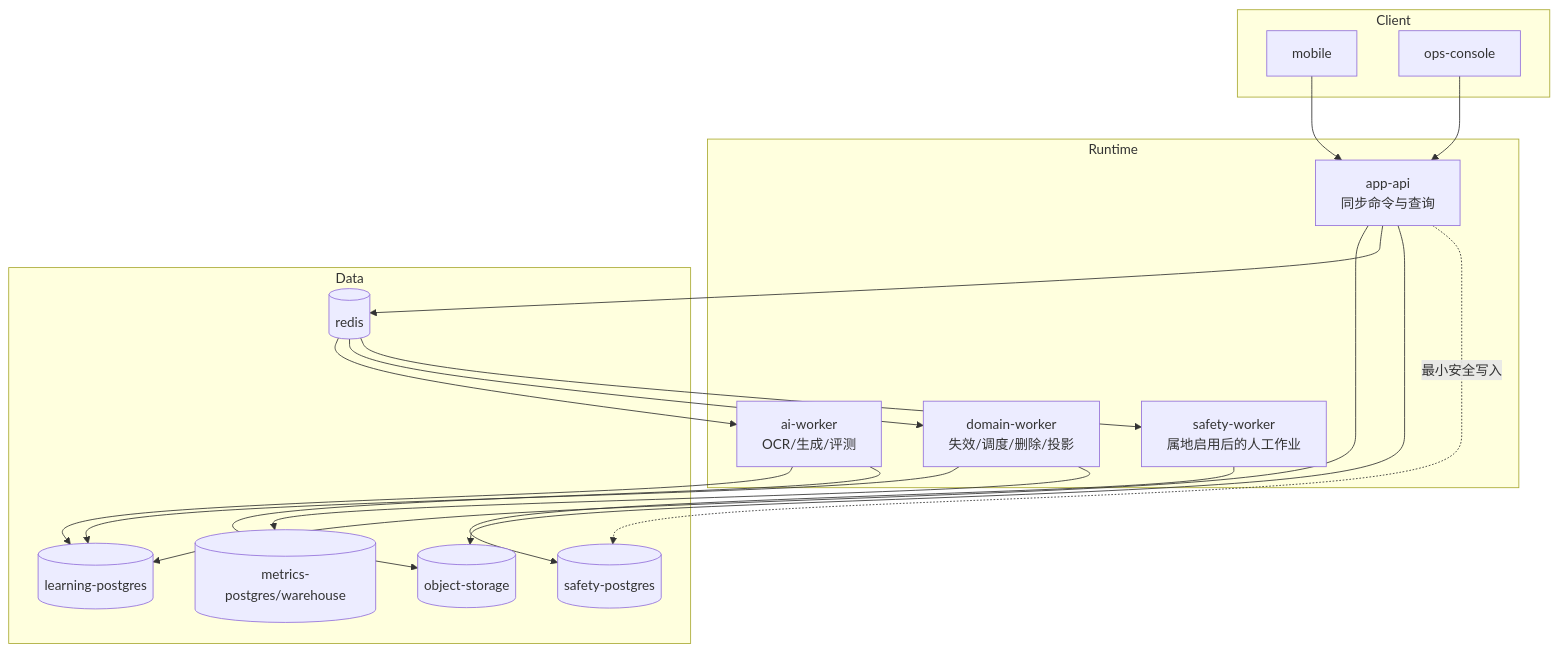
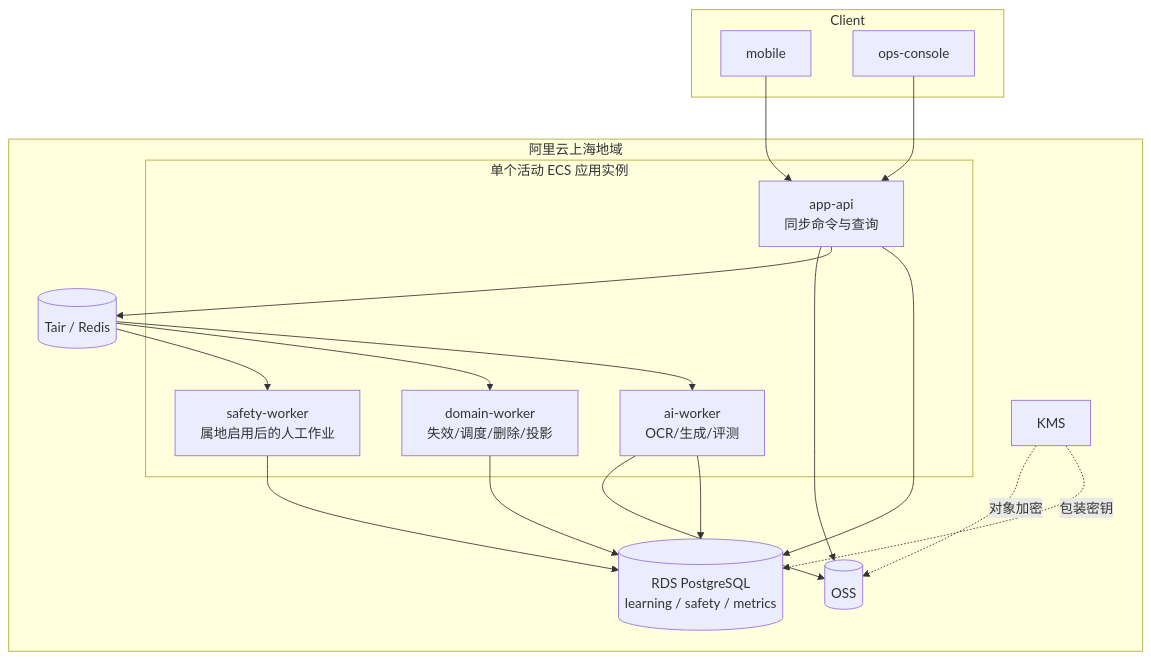
The second of 10 diagrams in docs/architecture/rhea-technical-architecture-v1.md (shinelincx/rhea), drawn with Mermaid before and after one commit. The commit also changed other lines of this file and 8 other files, not shown here.

Commit message:
docs: finalize Shanghai architecture decisions

````diff
--- a/docs/architecture/rhea-technical-architecture-v1.md
+++ b/docs/architecture/rhea-technical-architecture-v1.md
@@ -109,37 +110,36 @@
 ```mermaid
 flowchart TB
     subgraph Client
       Mobile[mobile]
       Ops[ops-console]
     end
 
-    subgraph Runtime
-      API[app-api<br/>同步命令与查询]
-      AIW[ai-worker<br/>OCR/生成/评测]
-      DW[domain-worker<br/>失效/调度/删除/投影]
-      SW[safety-worker<br/>属地启用后的人工作业]
-    end
+    subgraph Shanghai[阿里云上海地域]
+      subgraph ECS[单个活动 ECS 应用实例]
+        API[app-api<br/>同步命令与查询]
+        AIW[ai-worker<br/>OCR/生成/评测]
+        DW[domain-worker<br/>失效/调度/删除/投影]
+        SW[safety-worker<br/>属地启用后的人工作业]
+      end
 
-    subgraph Data
-      PG[(learning-postgres)]
-      SD[(safety-postgres)]
-      MD[(metrics-postgres/warehouse)]
-      R[(redis)]
-      O[(object-storage)]
+      PG[(RDS PostgreSQL<br/>learning / safety / metrics)]
+      R[(Tair / Redis)]
+      O[(OSS)]
+      K[KMS]
     end
 
     Mobile --> API
     Ops --> API
     API --> PG
     API --> R
     API --> O
-    API -. 最小安全写入 .-> SD
     R --> AIW
     R --> DW
     R --> SW
     AIW --> PG
     AIW --> O
     DW --> PG
-    DW --> MD
-    SW --> SD
+    SW --> PG
+    K -. 包装密钥 .-> PG
+    K -. 对象加密 .-> O
 ```
````
